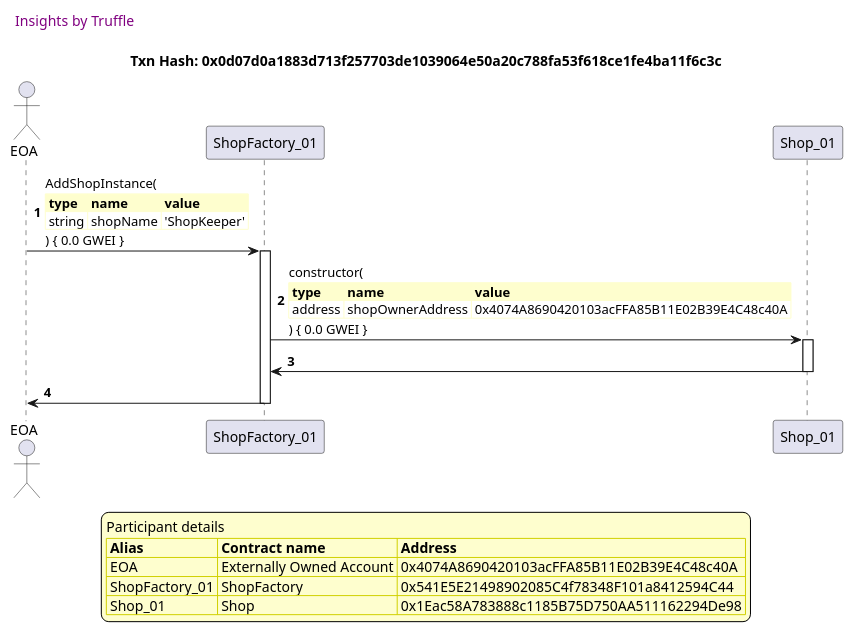
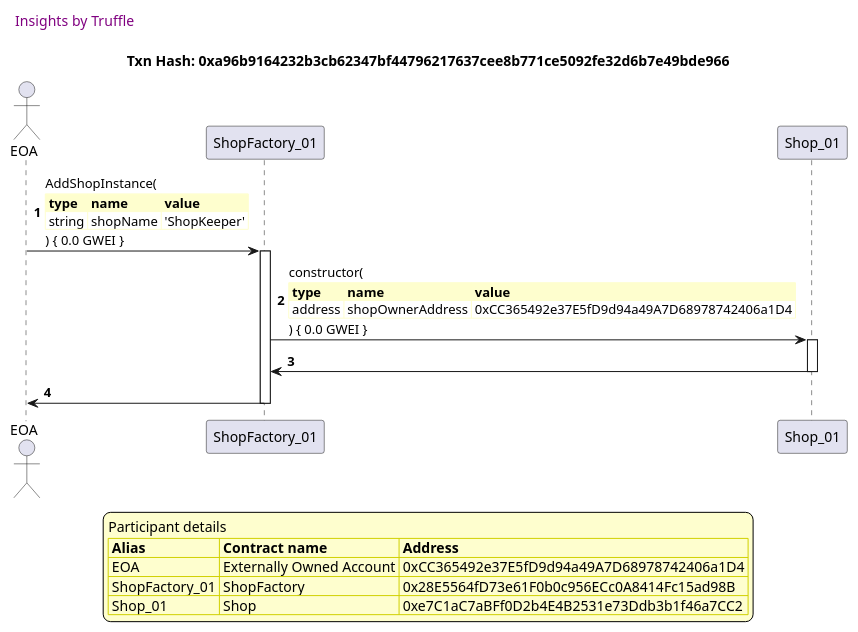
One commit to thedarkjester/ConsensysAssignment changed the fourth of 58 diagrams in truffle-seq/Shop_test_shopfactory_manage_shop.md. Above: the diagram before and after it, drawn with PlantUML. The commit also changed other lines of this file and 13 other files, not shown here.

````diff
--- a/truffle-seq/Shop_test_shopfactory_manage_shop.md
+++ b/truffle-seq/Shop_test_shopfactory_manage_shop.md
@@ -151,47 +151,47 @@
 ```plantuml
 
 
 @startuml
 
 autonumber
 skinparam legendBackgroundColor #FEFECE
 
 <style>
       header {
         HorizontalAlignment left
         FontColor purple
         FontSize 14
         Padding 10
       }
     </style>
 
 header Insights by Truffle
 
-title Txn Hash: 0x0d07d0a1883d713f257703de1039064e50a20c788fa53f618ce1fe4ba11f6c3c
+title Txn Hash: 0xa96b9164232b3cb62347bf44796217637cee8b771ce5092fe32d6b7e49bde966
 
 
 actor EOA as "EOA"
 participant ShopFactory_01 as "ShopFactory_01"
 participant Shop_01 as "Shop_01"
 
 "EOA" -> "ShopFactory_01" ++: AddShopInstance(\n\
 <#FEFECE,#FEFECE>|= type |= name |= value |\n\
 | string | shopName | 'ShopKeeper' |\n\
 ) { 0.0 GWEI }
 "ShopFactory_01" -> "Shop_01" ++: constructor(\n\
 <#FEFECE,#FEFECE>|= type |= name |= value |\n\
-| address | shopOwnerAddress | 0x4074A8690420103acFFA85B11E02B39E4C48c40A |\n\
+| address | shopOwnerAddress | 0xCC365492e37E5fD9d94a49A7D68978742406a1D4 |\n\
 ) { 0.0 GWEI }
 "Shop_01" -> "ShopFactory_01" --: 
 "ShopFactory_01" -> "EOA" --: 
 
 legend
 Participant details
 <#FEFECE,#D0D000>|= Alias |= Contract name |= Address |
-<#FEFECE>| EOA | Externally Owned Account | 0x4074A8690420103acFFA85B11E02B39E4C48c40A |
-<#FEFECE>| ShopFactory_01 | ShopFactory | 0x541E5E21498902085C4f78348F101a8412594C44 |
-<#FEFECE>| Shop_01 | Shop | 0x1Eac58A783888c1185B75D750AA511162294De98 |
+<#FEFECE>| EOA | Externally Owned Account | 0xCC365492e37E5fD9d94a49A7D68978742406a1D4 |
+<#FEFECE>| ShopFactory_01 | ShopFactory | 0x28E5564fD73e61F0b0c956ECc0A8414Fc15ad98B |
+<#FEFECE>| Shop_01 | Shop | 0xe7C1aC7aBFf0D2b4E4B2531e73Ddb3b1f46a7CC2 |
 endlegend
 
 @enduml
 ```
````
